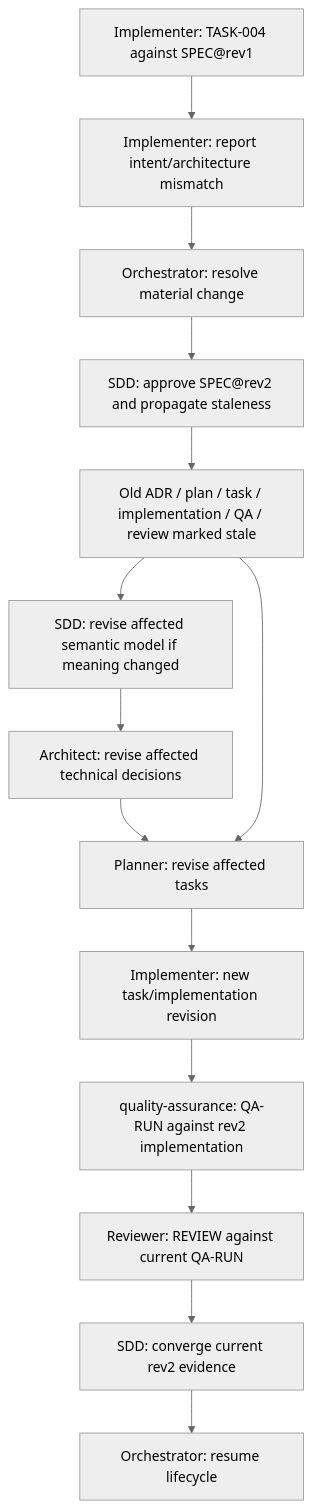
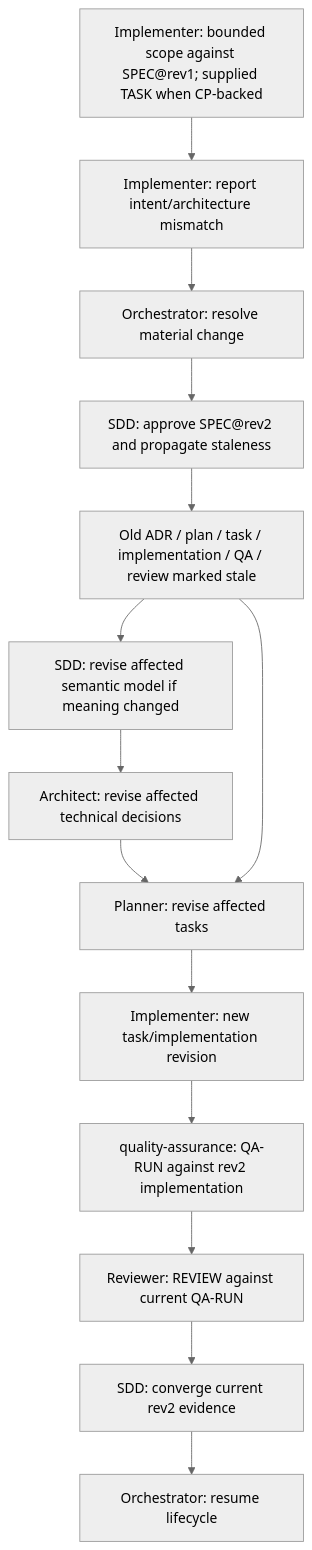
One commit to Doodooms/everything-copilot changed the second of 2 diagrams in agentic-core/skills/orchestration/references/spec-driven-development/references/specification-workflow.md. Above: the diagram before and after it, drawn with Mermaid (neutral theme). The commit also changed other lines of this file and 61 other files, not shown here.

````diff
--- a/agentic-core/skills/orchestration/references/spec-driven-development/references/specification-workflow.md
+++ b/agentic-core/skills/orchestration/references/spec-driven-development/references/specification-workflow.md
@@ -88,19 +88,19 @@
 ```mermaid
 flowchart TD
-    impl1["Implementer: TASK-004 against SPEC@rev1"]
+    impl1["Implementer: bounded scope against SPEC@rev1; supplied TASK when CP-backed"]
     finding["Implementer: report intent/architecture mismatch"]
     orchestrator["Orchestrator: resolve material change"]
     spec2["SDD: approve SPEC@rev2 and propagate staleness"]
     stale["Old ADR / plan / task / implementation / QA / review marked stale"]
     semantic2["SDD: revise affected semantic model if meaning changed"]
     architect2["Architect: revise affected technical decisions"]
     planner2["Planner: revise affected tasks"]
     impl2["Implementer: new task/implementation revision"]
     qa2["quality-assurance: QA-RUN against rev2 implementation"]
     reviewer2["Reviewer: REVIEW against current QA-RUN"]
     converge2["SDD: converge current rev2 evidence"]
     resume2["Orchestrator: resume lifecycle"]
     impl1 --> finding --> orchestrator --> spec2 -->     stale --> semantic2 --> architect2 --> planner2
     stale --> planner2
     planner2 --> impl2 --> qa2 --> reviewer2 --> converge2 --> resume2
 ```
````
